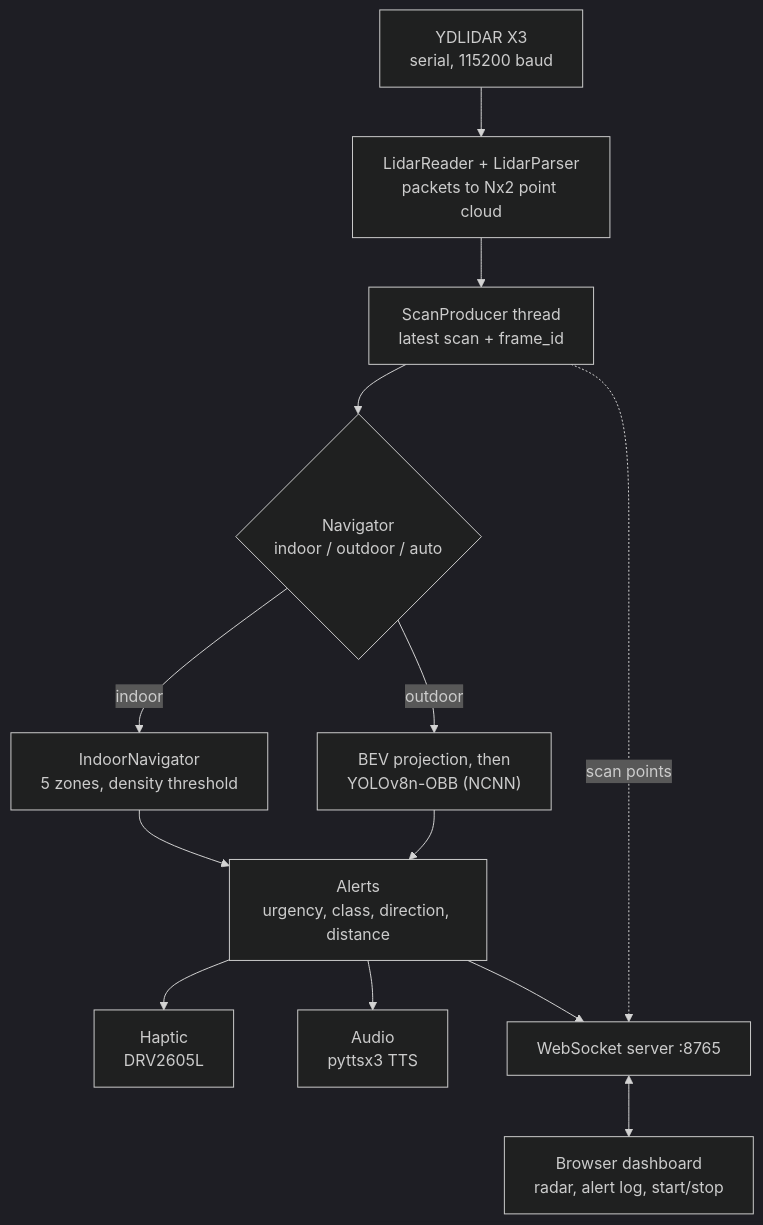
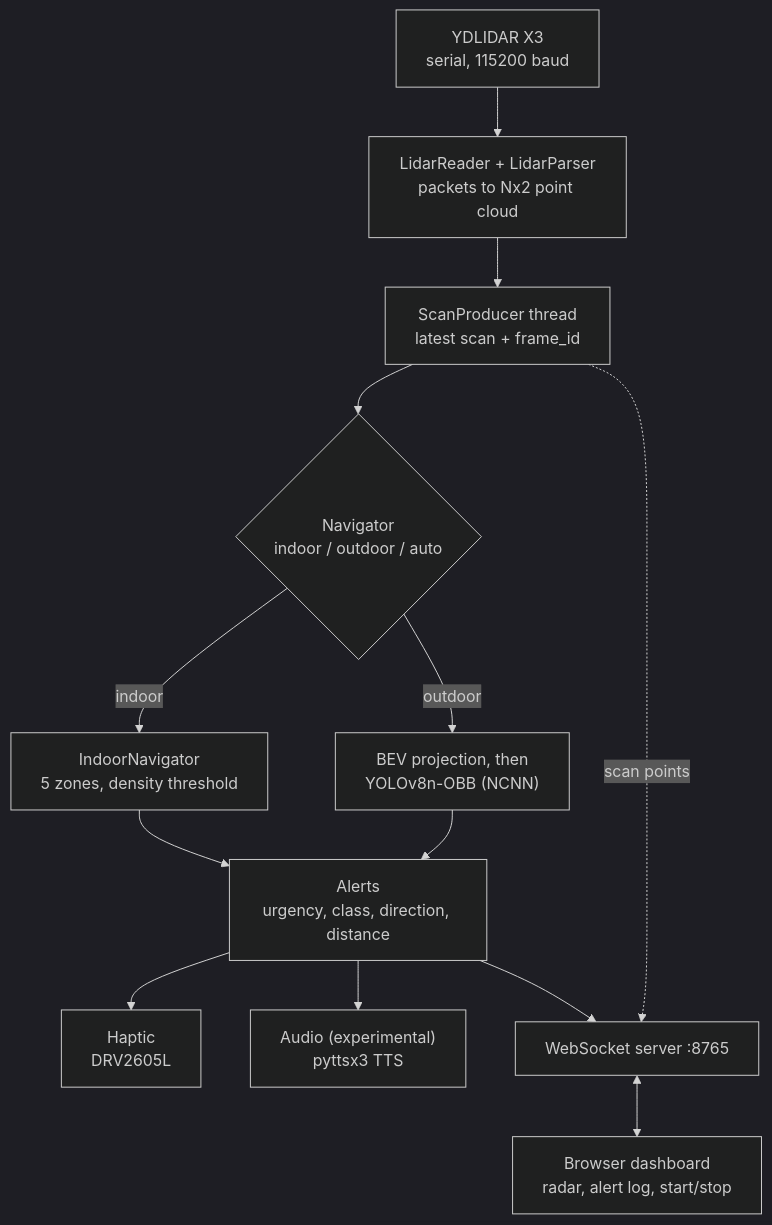
One commit to Encourey/LiDAR-Navigational-aid changed the diagram in README.md. Above: the diagram before and after it, drawn with Mermaid (dark theme). The commit also changed other lines of this file and 1 other file, not shown here.

````diff
--- a/README.md
+++ b/README.md
@@ -42,15 +42,15 @@
 ```mermaid
 flowchart TD
     L["YDLIDAR X3<br/>serial, 115200 baud"] --> R["LidarReader + LidarParser<br/>packets to Nx2 point cloud"]
     R --> P["ScanProducer thread<br/>latest scan + frame_id"]
     P --> A{"Navigator<br/>indoor / outdoor / auto"}
     A -->|indoor| I["IndoorNavigator<br/>5 zones, density threshold"]
     A -->|outdoor| O["BEV projection, then<br/>YOLOv8n-OBB (NCNN)"]
     I --> AL["Alerts<br/>urgency, class, direction, distance"]
     O --> AL
     AL --> H["Haptic<br/>DRV2605L"]
-    AL --> S["Audio<br/>pyttsx3 TTS"]
+    AL --> S["Audio (experimental)<br/>pyttsx3 TTS"]
     AL --> W["WebSocket server :8765"]
     P -. "scan points" .-> W
     W <--> D["Browser dashboard<br/>radar, alert log, start/stop"]
 ```
````
